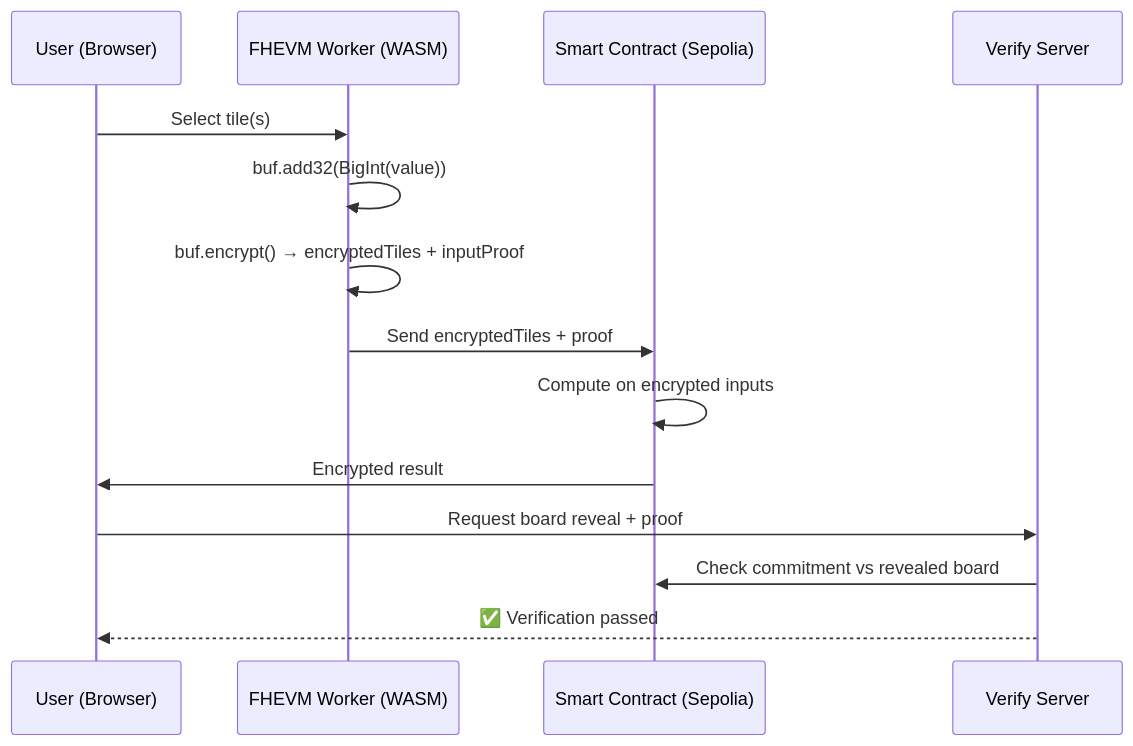
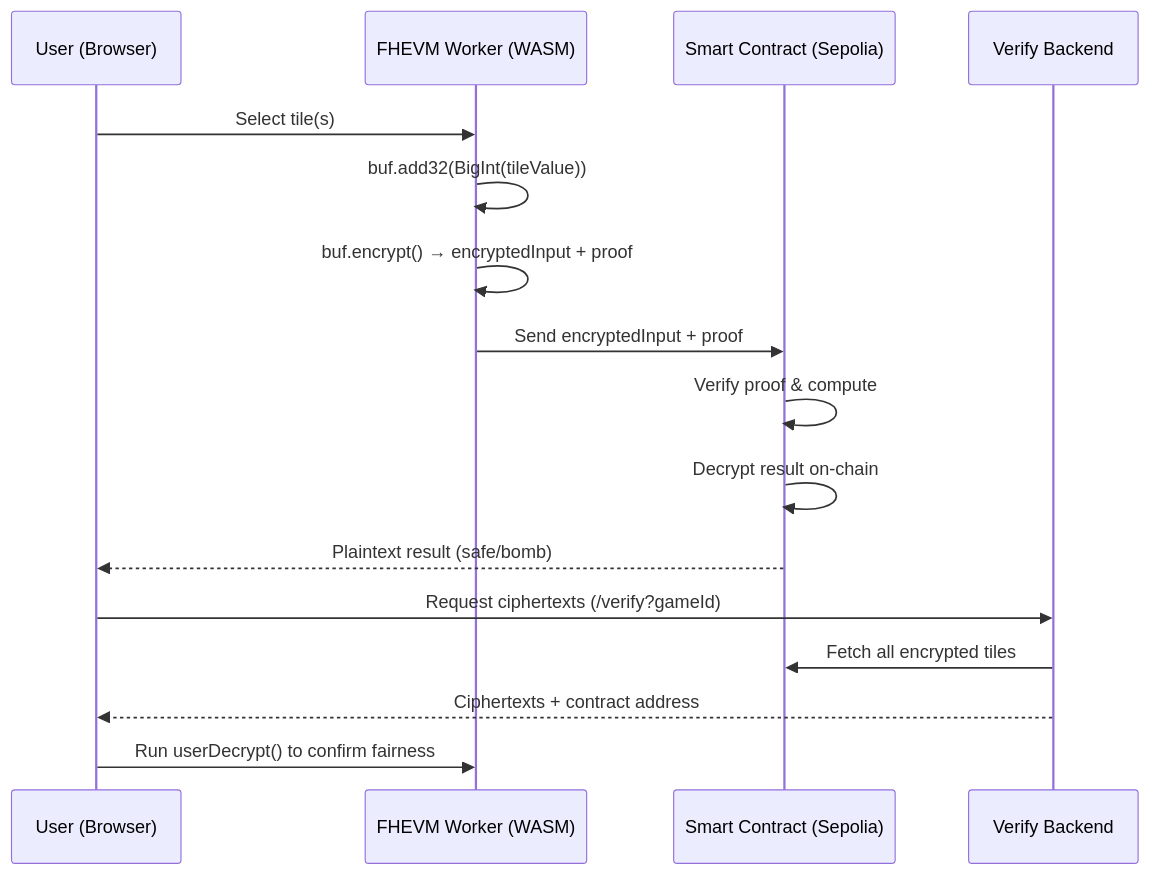
One commit to phamnhungoctuan/confidential-bomb changed the third of 4 diagrams in README-flows.md. Above: the diagram before and after it, drawn with Mermaid. The commit also changed other lines of this file and 4 other files, not shown here.

Commit message:
update game flow

````diff
--- a/README-flows.md
+++ b/README-flows.md
@@ -41,17 +47,19 @@
 ```mermaid
 sequenceDiagram
     participant User as User (Browser)
     participant Worker as FHEVM Worker (WASM)
     participant Contract as Smart Contract (Sepolia)
-    participant Verify as Verify Server
+    participant Verify as Verify Backend
 
     User->>Worker: Select tile(s)
-    Worker->>Worker: buf.add32(BigInt(value))
-    Worker->>Worker: buf.encrypt() → encryptedTiles + inputProof
-    Worker->>Contract: Send encryptedTiles + proof
-    Contract->>Contract: Compute on encrypted inputs
-    Contract->>User: Encrypted result
-    User->>Verify: Request board reveal + proof
-    Verify->>Contract: Check commitment vs revealed board
-    Verify-->>User: ✅ Verification passed
+    Worker->>Worker: buf.add32(BigInt(tileValue))
+    Worker->>Worker: buf.encrypt() → encryptedInput + proof
+    Worker->>Contract: Send encryptedInput + proof
+    Contract->>Contract: Verify proof & compute
+    Contract->>Contract: Decrypt result on-chain
+    Contract-->>User: Plaintext result (safe/bomb)
+    User->>Verify: Request ciphertexts (/verify?gameId)
+    Verify->>Contract: Fetch all encrypted tiles
+    Verify-->>User: Ciphertexts + contract address
+    User->>Worker: Run userDecrypt() to confirm fairness
 ```
````
